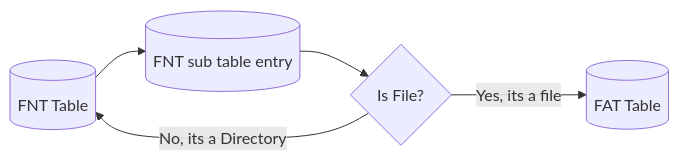
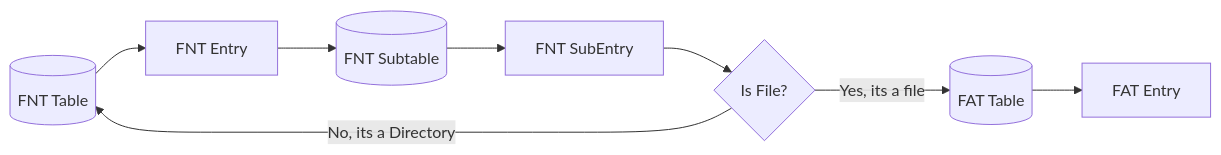
The fourth of 4 diagrams in README.md (Ukalus/Golden-Dawn-Sun-Editor), drawn with Mermaid before and after one commit.

````diff
--- a/README.md
+++ b/README.md
@@ -139,13 +139,19 @@
 ```mermaid
 flowchart LR
     A[(FNT Table)]
     B[(FAT Table)]
-    C[(FNT sub table entry)]
+    C[(FNT Subtable)]
+
+    d[FNT Entry]
+    e[FNT SubEntry]
+    f[FAT Entry]
 
     D{Is File?}
 
-    A --> C
-    C --> D
+    A --> d --> C
+    C --> e --> D
+
     D -->|No, its a Directory| A
-    D -->|Yes, its a file| B
+    D -->|Yes, its a file| B --> f
+
 ```
````
